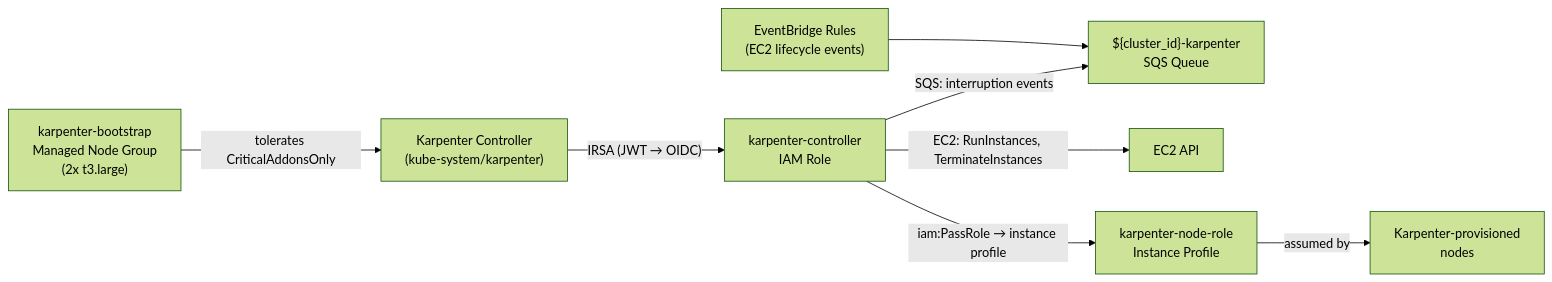
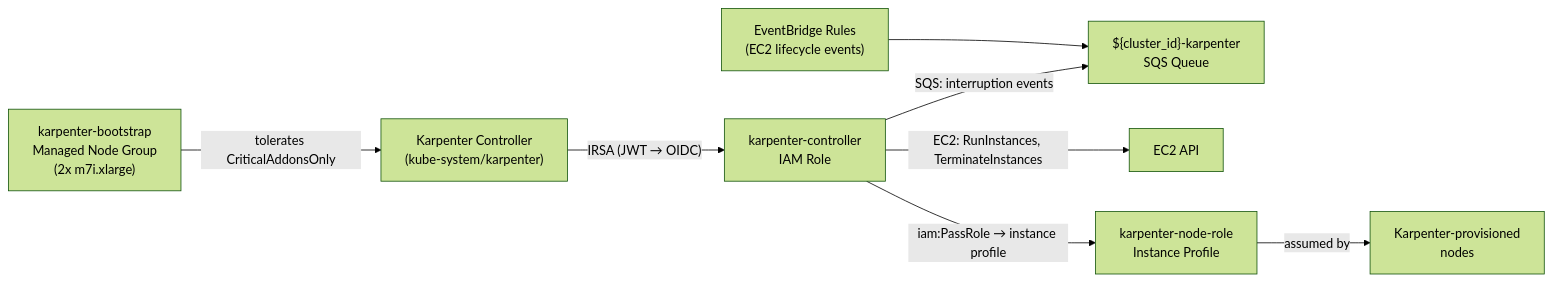
One commit to openshift-online/rosa-hyperfleet changed the diagram in docs/design/karpenter-node-provisioning.md. Above: the diagram before and after it, drawn with Mermaid (forest theme). The commit also changed other lines of this file and 8 other files, not shown here.

````diff
--- a/docs/design/karpenter-node-provisioning.md
+++ b/docs/design/karpenter-node-provisioning.md
@@ -41,10 +41,10 @@
 ```mermaid
 graph LR
     KC["Karpenter Controller\n(kube-system/karpenter)"] -->|"IRSA (JWT → OIDC)"| KCR["karpenter-controller\nIAM Role"]
     KCR -->|"SQS: interruption events"| SQS["${cluster_id}-karpenter\nSQS Queue"]
     KCR -->|"EC2: RunInstances, TerminateInstances"| EC2["EC2 API"]
     KCR -->|"iam:PassRole → instance profile"| KNR["karpenter-node-role\nInstance Profile"]
     KNR -->|"assumed by"| KN["Karpenter-provisioned\nnodes"]
-    BNG["karpenter-bootstrap\nManaged Node Group\n(2x t3.large)"] -->|"tolerates CriticalAddonsOnly"| KC
+    BNG["karpenter-bootstrap\nManaged Node Group\n(2x m7i.xlarge)"] -->|"tolerates CriticalAddonsOnly"| KC
     EB["EventBridge Rules\n(EC2 lifecycle events)"] --> SQS
 ```
````
